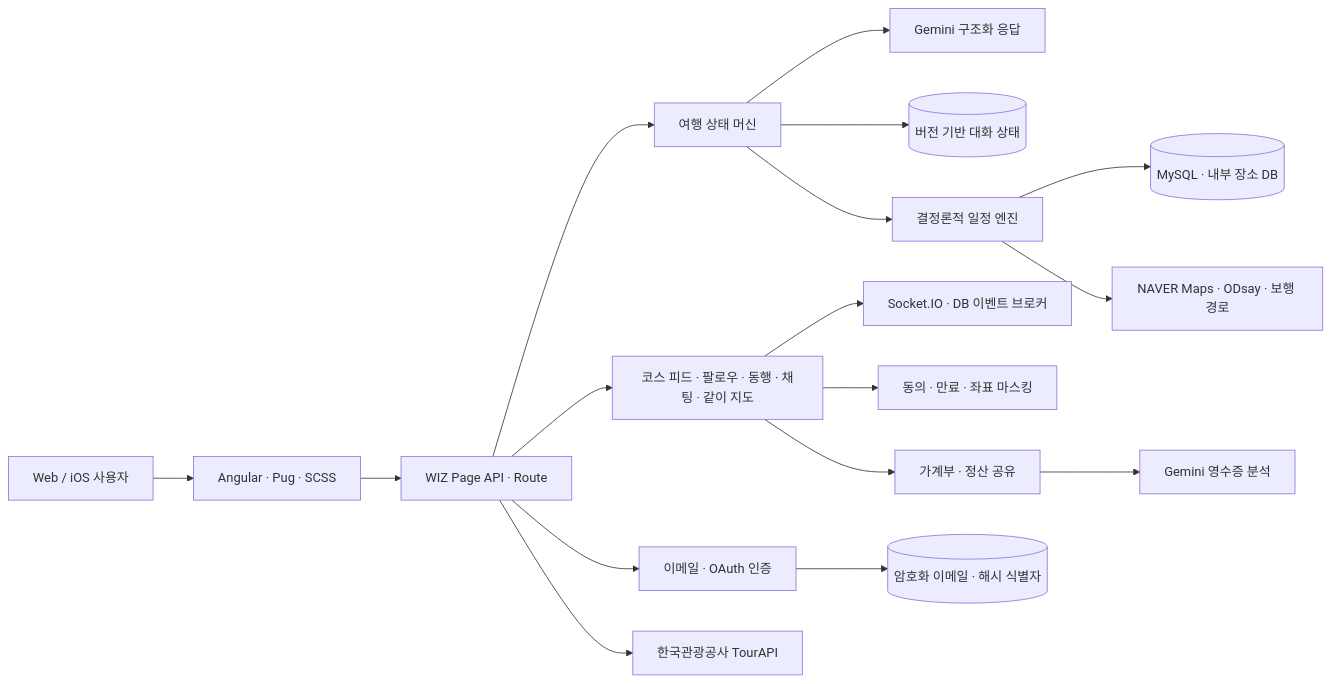
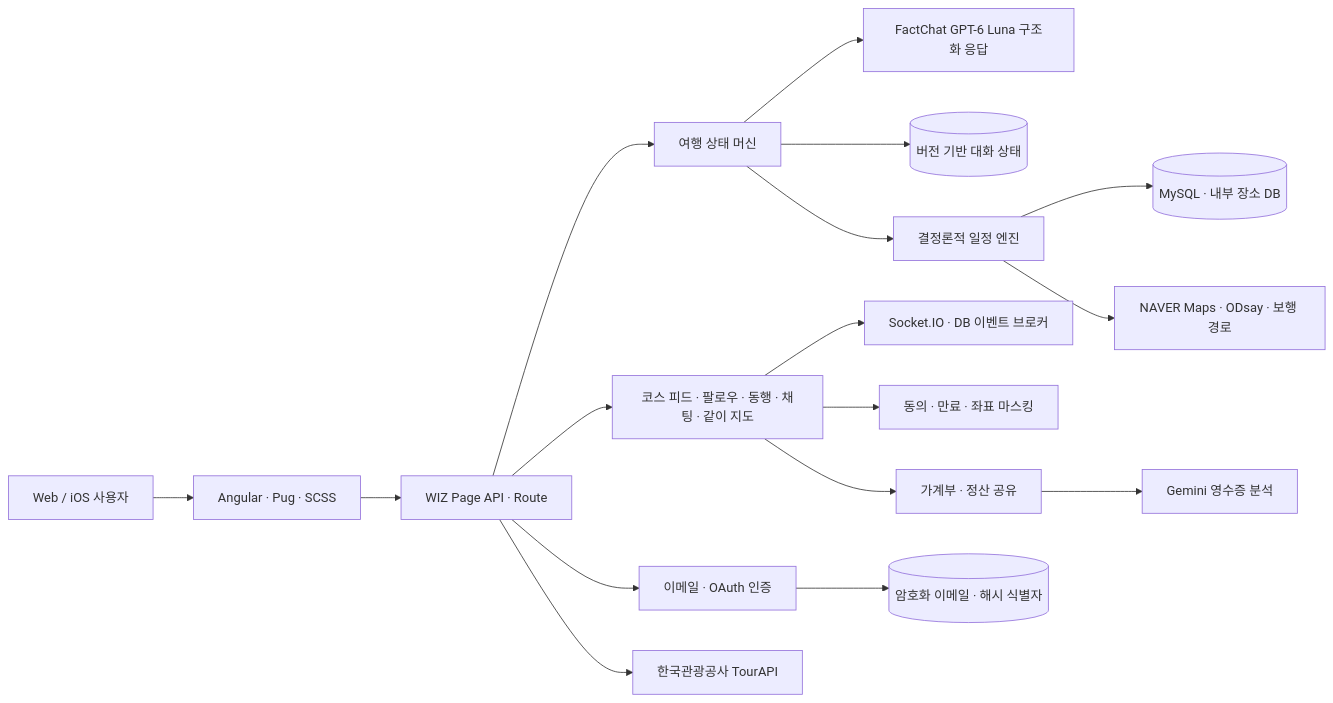
The first of 2 diagrams in README.md (xericen/GACHI), drawn with Mermaid before and after one commit. The commit also changed other lines of this file, not shown here.

````diff
--- a/README.md
+++ b/README.md
@@ -170,19 +187,19 @@
 ```mermaid
 flowchart LR
     U[Web / iOS 사용자] --> UI[Angular · Pug · SCSS]
     UI --> API[WIZ Page API · Route]
     API --> STATE[여행 상태 머신]
     API --> SOCIAL[코스 피드 · 팔로우 · 동행 · 채팅 · 같이 지도]
     API --> AUTH[이메일 · OAuth 인증]
-    STATE --> AI[Gemini 구조화 응답]
+    STATE --> AI[FactChat GPT-6 Luna 구조화 응답]
     STATE --> THREAD[(버전 기반 대화 상태)]
     STATE --> ENGINE[결정론적 일정 엔진]
     ENGINE --> DB[(MySQL · 내부 장소 DB)]
     ENGINE --> MAP[NAVER Maps · ODsay · 보행 경로]
     SOCIAL --> SOCKET[Socket.IO · DB 이벤트 브로커]
     SOCIAL --> SAFETY[동의 · 만료 · 좌표 마스킹]
     SOCIAL --> LEDGER[가계부 · 정산 공유]
     LEDGER --> VISION[Gemini 영수증 분석]
     AUTH --> ID[(암호화 이메일 · 해시 식별자)]
     API --> TOUR[한국관광공사 TourAPI]
 ```
````
